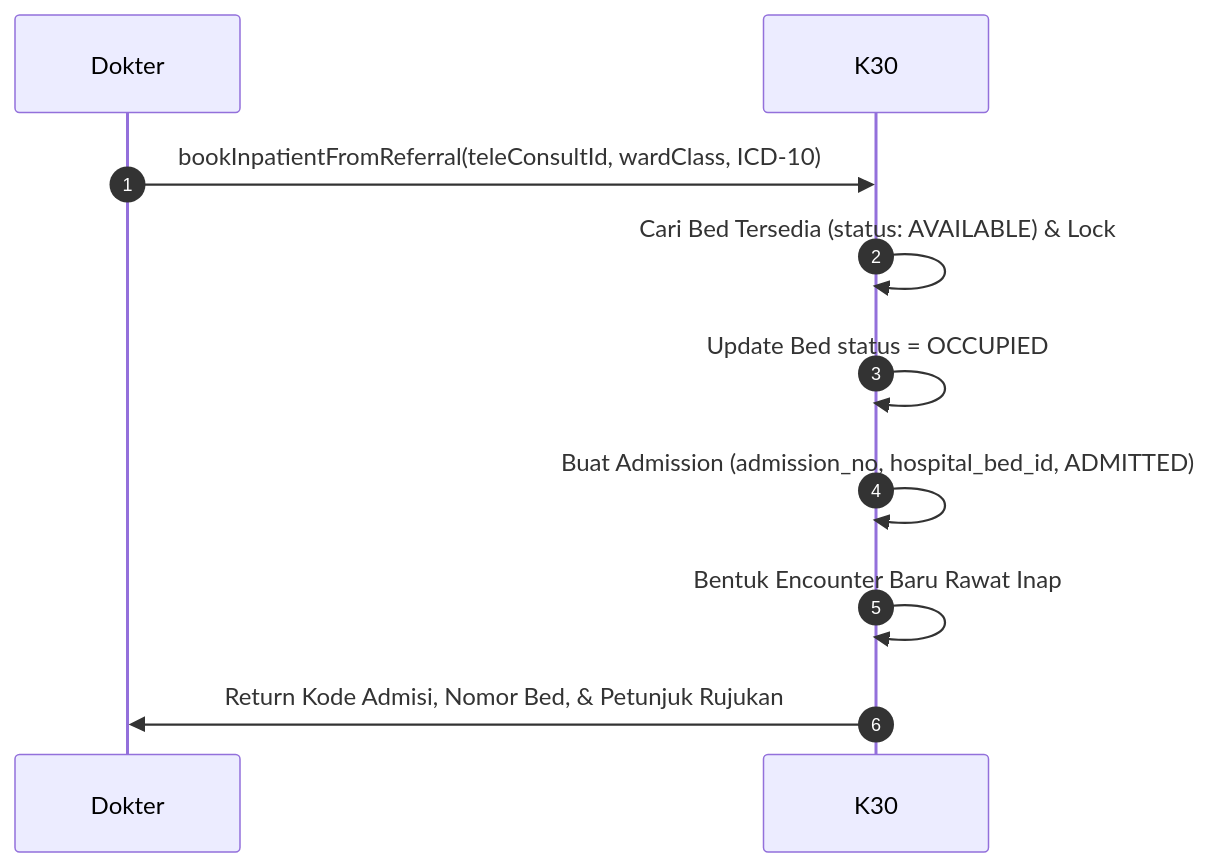
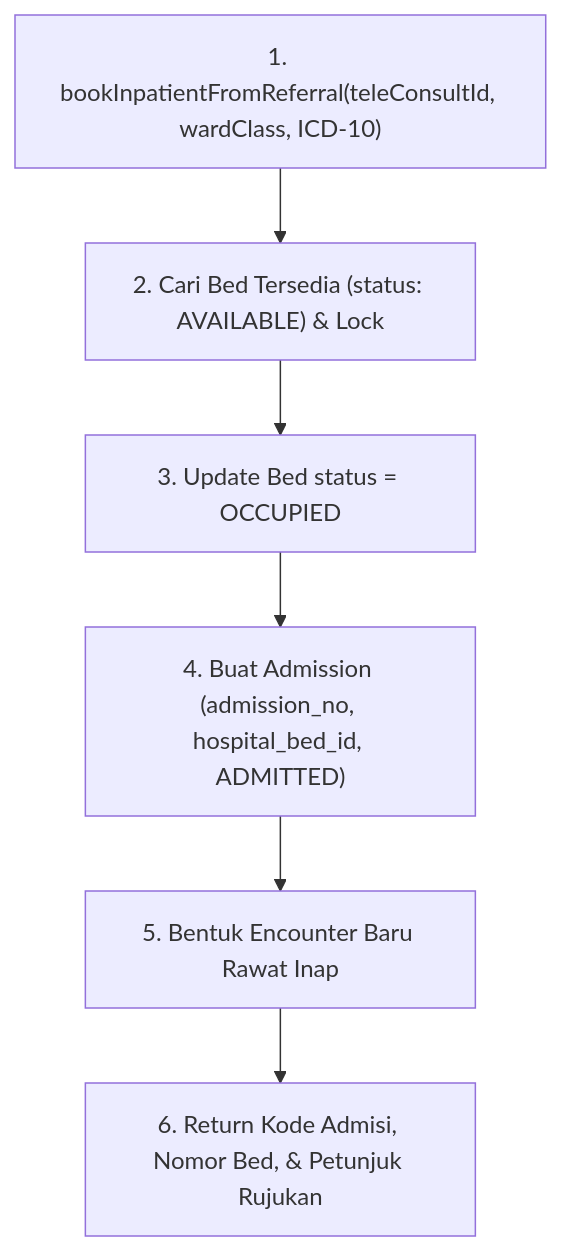
One commit to Orls967/SuperWeb changed the third of 3 diagrams in docs/fase-104/12_arsitektur_integrasi_sistem_dan_diagram_urutan.md. Above: the diagram before and after it, drawn with Mermaid. The commit also changed other lines of this file and 1 other file, not shown here.

Commit message:
fix(hospital): encrypt pod_recipient_nik and use flowchart for diagrams

````diff
--- a/docs/fase-104/12_arsitektur_integrasi_sistem_dan_diagram_urutan.md
+++ b/docs/fase-104/12_arsitektur_integrasi_sistem_dan_diagram_urutan.md
@@ -92,10 +76,8 @@
 ```mermaid
-sequenceDiagram
-    autonumber
-    Dokter->>K30: bookInpatientFromReferral(teleConsultId, wardClass, ICD-10)
-    K30->>K30: Cari Bed Tersedia (status: AVAILABLE) & Lock
-    K30->>K30: Update Bed status = OCCUPIED
-    K30->>K30: Buat Admission (admission_no, hospital_bed_id, ADMITTED)
-    K30->>K30: Bentuk Encounter Baru Rawat Inap
-    K30->>Dokter: Return Kode Admisi, Nomor Bed, & Petunjuk Rujukan
+flowchart TD
+    R1["1. bookInpatientFromReferral(teleConsultId, wardClass, ICD-10)"] --> R2["2. Cari Bed Tersedia (status: AVAILABLE) & Lock"]
+    R2 --> R3["3. Update Bed status = OCCUPIED"]
+    R3 --> R4["4. Buat Admission (admission_no, hospital_bed_id, ADMITTED)"]
+    R4 --> R5["5. Bentuk Encounter Baru Rawat Inap"]
+    R5 --> R6["6. Return Kode Admisi, Nomor Bed, & Petunjuk Rujukan"]
 ```
````
